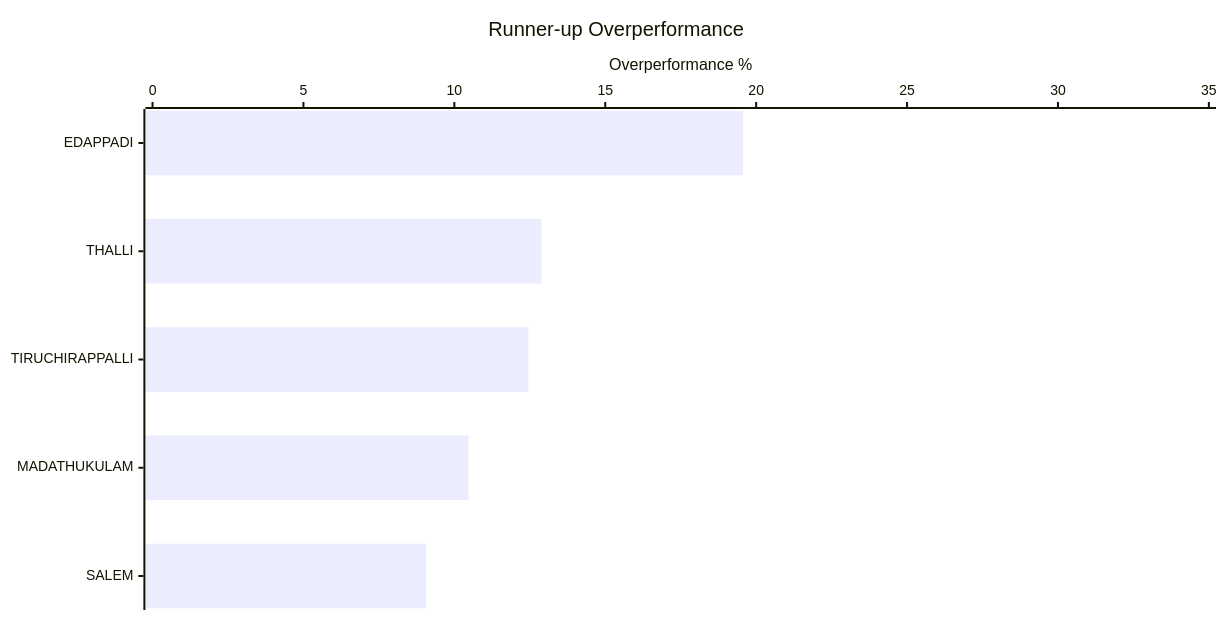
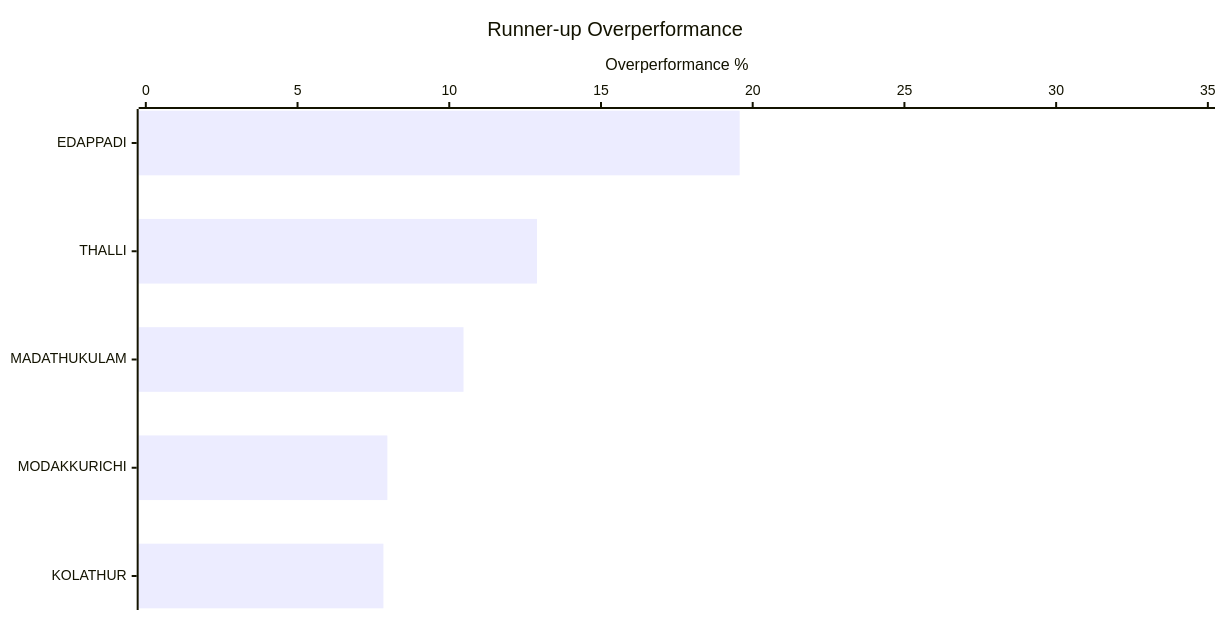
One commit to arjunswaj/elections changed diagram 21 of 23 in result/TAMIL NADU/Tamil Nadu-GRAPH.md. Above: the diagram before and after it, drawn with Mermaid. The commit also changed other lines of this file and 64 other files, not shown here.

````diff
--- a/result/TAMIL NADU/Tamil Nadu-GRAPH.md
+++ b/result/TAMIL NADU/Tamil Nadu-GRAPH.md
@@ -573,17 +573,17 @@
 ```mermaid
 ---
 config:
   xyChart:
     width: 1200
     height: 600
     chartOrientation: horizontal
   dataLabels:
     enabled: true
     placement: end
 ---
 xychart-beta
 title "Runner-up Overperformance"
-x-axis ["EDAPPADI", "THALLI", "TIRUCHIRAPPALLI", "MADATHUKULAM", "SALEM"]
+x-axis ["EDAPPADI", "THALLI", "MADATHUKULAM", "MODAKKURICHI", "KOLATHUR"]
 y-axis "Overperformance %" 0 --> 35
-bar [19.57, 12.89, 12.45, 10.47, 9.07]
+bar [19.57, 12.89, 10.47, 7.96, 7.83]
 ```
````
